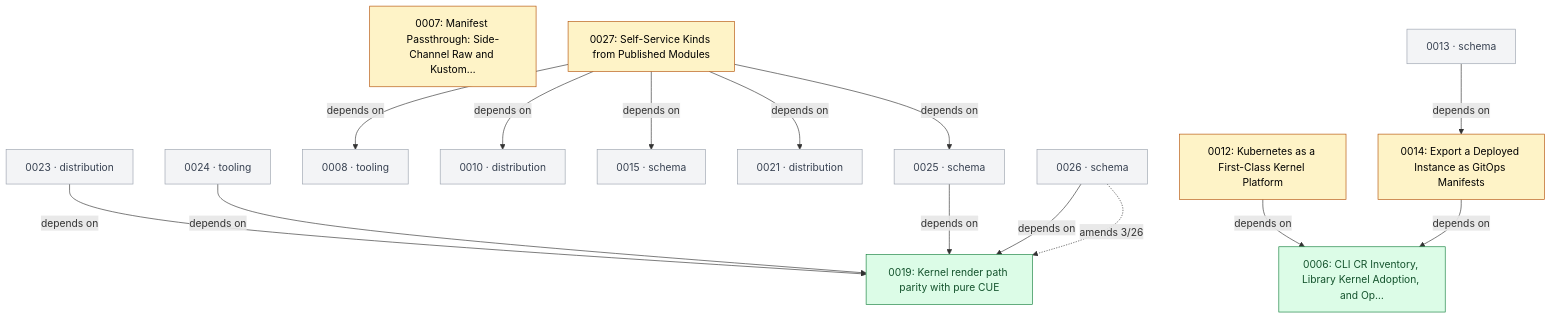
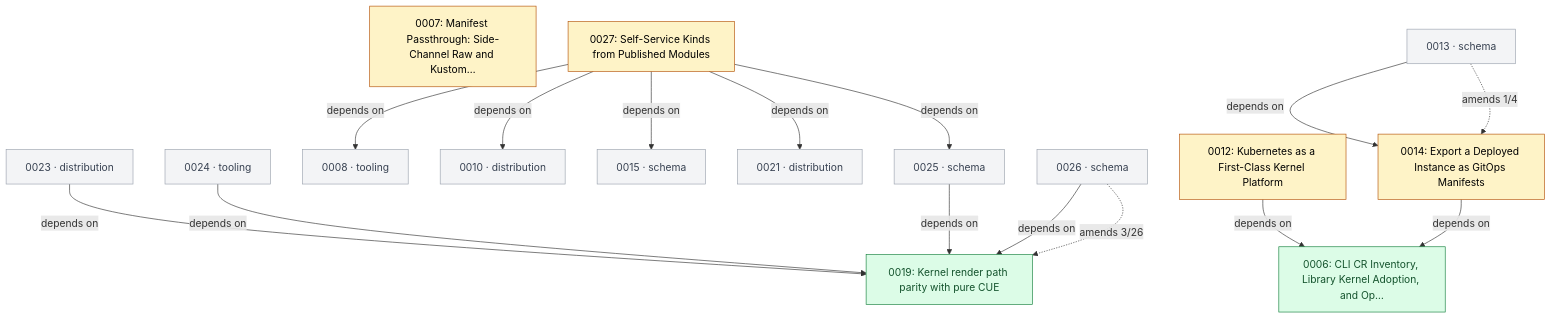
One commit to open-platform-model/enhancements changed the third of 7 diagrams in GRAPH.md. Above: the diagram before and after it, drawn with Mermaid. The commit also changed other lines of this file and 3 other files, not shown here.

````diff
--- a/GRAPH.md
+++ b/GRAPH.md
@@ -94,41 +95,42 @@
 ```mermaid
 graph TD
   classDef draft       fill:#fef3c7,stroke:#b45309,color:#000
   classDef accepted    fill:#dbeafe,stroke:#1d4ed8,color:#000
   classDef rejected    fill:#fee2e2,stroke:#b91c1c,color:#7f1d1d,stroke-dasharray:4 2
   classDef superseded  fill:#e5e7eb,stroke:#6b7280,color:#6b7280
   classDef delivered   fill:#dcfce7,stroke:#15803d,color:#14532d
   classDef legacy      fill:#fafafa,stroke:#9ca3af,color:#6b7280,stroke-dasharray:3 3
   classDef stub        fill:#f3f4f6,stroke:#9ca3af,color:#374151
   classDef category    fill:#ede9fe,stroke:#6d28d9,color:#000
 
   N0006["0006: CLI CR Inventory, Library Kernel Adoption, and Op…"]:::delivered
   N0007["0007: Manifest Passthrough: Side-Channel Raw and Kustom…"]:::draft
   N0012["0012: Kubernetes as a First-Class Kernel Platform"]:::draft
   N0014["0014: Export a Deployed Instance as GitOps Manifests"]:::draft
   N0019["0019: Kernel render path parity with pure CUE"]:::delivered
   N0027["0027: Self-Service Kinds from Published Modules"]:::draft
   N0008["0008 · tooling"]:::stub
   N0010["0010 · distribution"]:::stub
   N0013["0013 · schema"]:::stub
   N0015["0015 · schema"]:::stub
   N0021["0021 · distribution"]:::stub
   N0023["0023 · distribution"]:::stub
   N0024["0024 · tooling"]:::stub
   N0025["0025 · schema"]:::stub
   N0026["0026 · schema"]:::stub
 
   N0012 -->|depends on| N0006
   N0013 -->|depends on| N0014
   N0014 -->|depends on| N0006
   N0023 -->|depends on| N0019
   N0024 -->|depends on| N0019
   N0025 -->|depends on| N0019
   N0026 -->|depends on| N0019
   N0027 -->|depends on| N0008
   N0027 -->|depends on| N0010
   N0027 -->|depends on| N0015
   N0027 -->|depends on| N0021
   N0027 -->|depends on| N0025
+  N0013 -.->|amends 1/4| N0014
   N0026 -.->|amends 3/26| N0019
 ```
````
